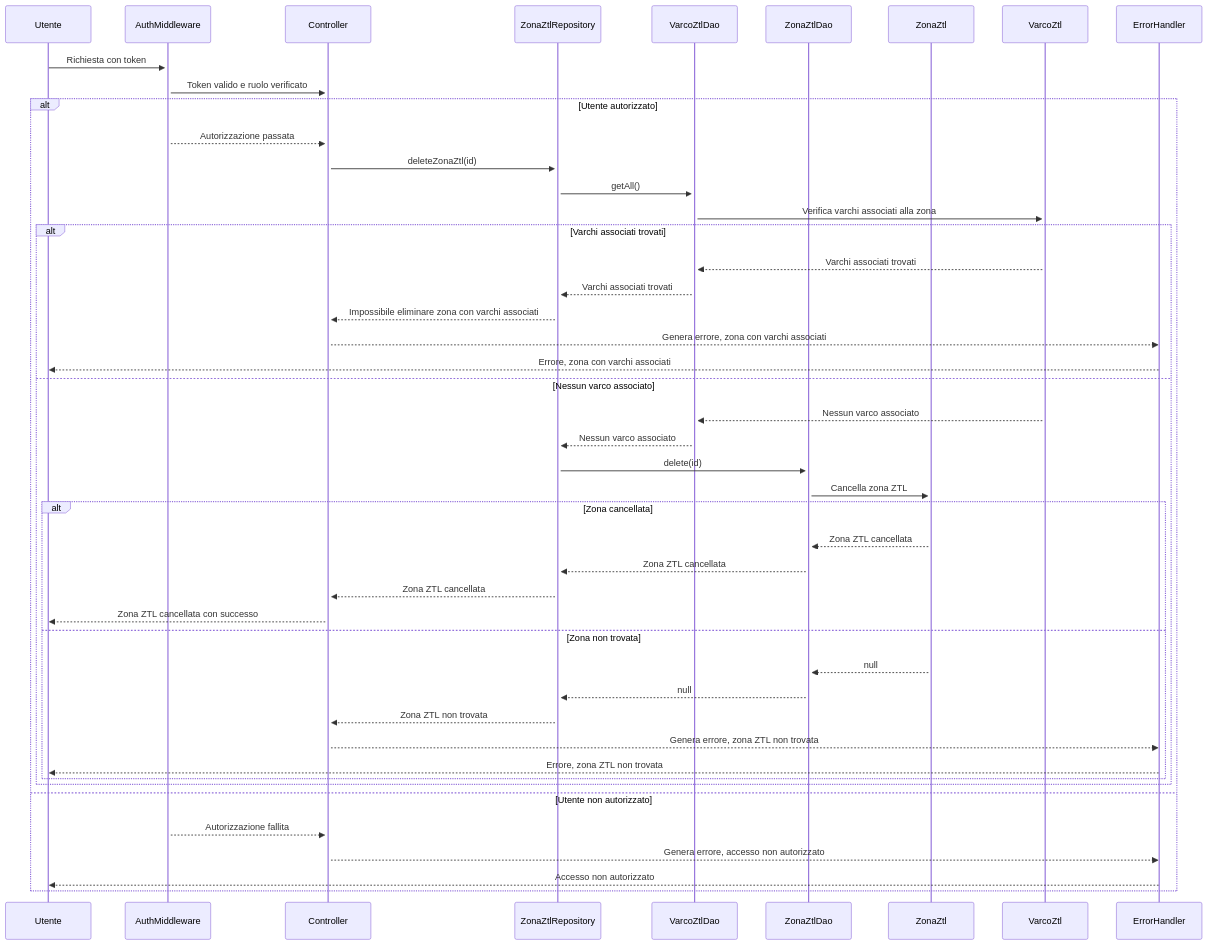
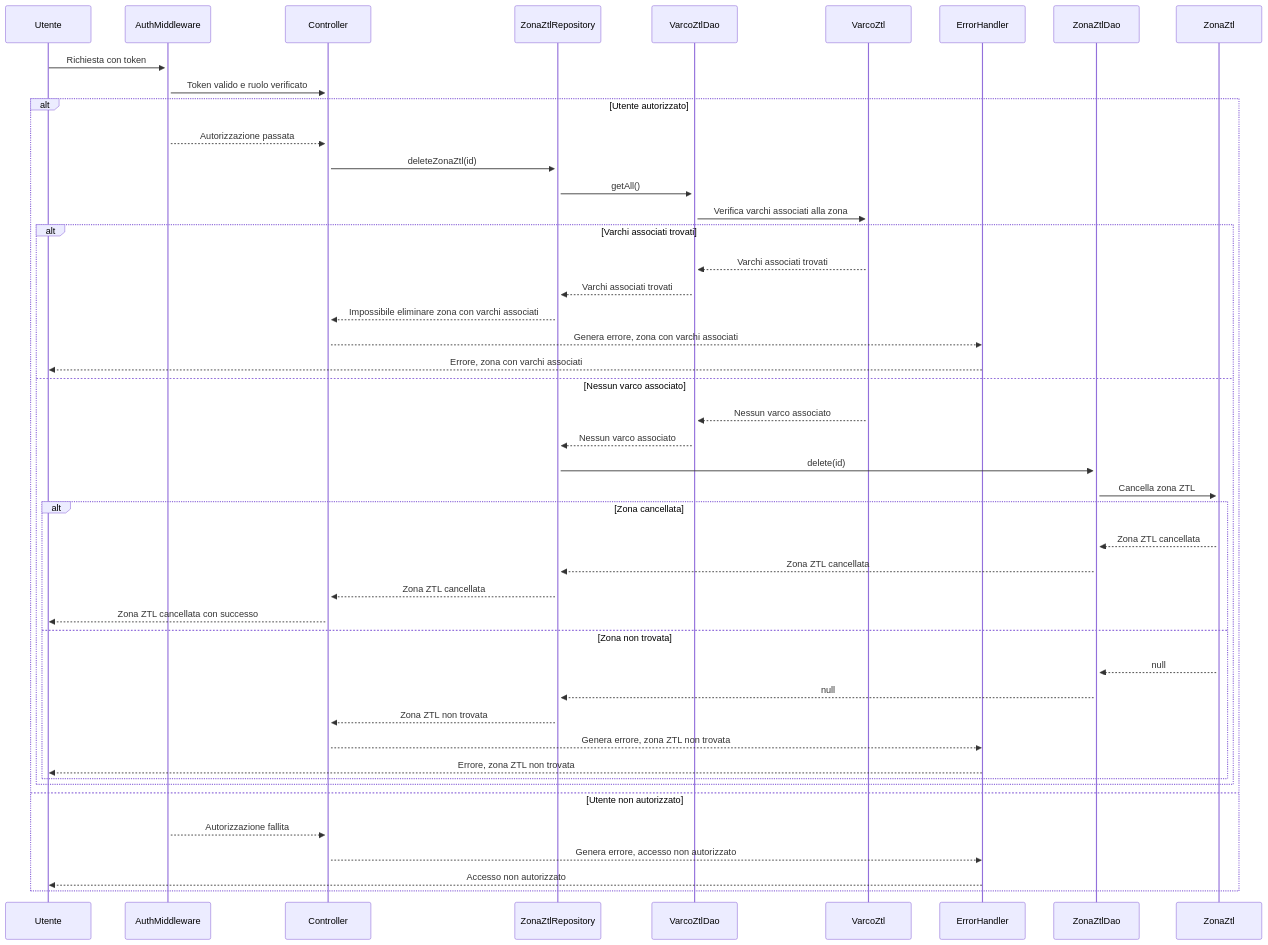
One commit to Arianna6400/Adv_Prog changed the seventh of 12 diagrams in README.md. Above: the diagram before and after it, drawn with Mermaid. The commit also changed other lines of this file, not shown here.

````diff
--- a/README.md
+++ b/README.md
@@ -432,49 +432,49 @@
 ```mermaid
 sequenceDiagram
     participant U as Utente
     participant Auth as AuthMiddleware
     participant C as Controller
     participant R as ZonaZtlRepository
     participant DAO_VZ as VarcoZtlDao
+    participant VZ as VarcoZtl
+    participant Err as ErrorHandler
     participant DAO_ZZ as ZonaZtlDao
     participant ZZ as ZonaZtl
-    participant VZ as VarcoZtl
-    participant Err as ErrorHandler
 
     U->>+Auth: Richiesta con token
     Auth->>+C: Token valido e ruolo verificato
     alt Utente autorizzato
         Auth-->>C: Autorizzazione passata
         C->>+R: deleteZonaZtl(id)
         R->>+DAO_VZ: getAll()
         DAO_VZ->>+VZ: Verifica varchi associati alla zona
         alt Varchi associati trovati
             VZ-->>DAO_VZ: Varchi associati trovati
             DAO_VZ-->>R: Varchi associati trovati
             R-->>C: Impossibile eliminare zona con varchi associati
             C-->>Err: Genera errore, zona con varchi associati
             Err-->>U: Errore, zona con varchi associati
         else Nessun varco associato
             VZ-->>DAO_VZ: Nessun varco associato
             DAO_VZ-->>R: Nessun varco associato
             R->>+DAO_ZZ: delete(id)
             DAO_ZZ->>+ZZ: Cancella zona ZTL
             alt Zona cancellata
                 ZZ-->>DAO_ZZ: Zona ZTL cancellata
                 DAO_ZZ-->>R: Zona ZTL cancellata
                 R-->>C: Zona ZTL cancellata
                 C-->>U: Zona ZTL cancellata con successo
             else Zona non trovata
                 ZZ-->>DAO_ZZ: null
                 DAO_ZZ-->>R: null
                 R-->>C: Zona ZTL non trovata
                 C-->>Err: Genera errore, zona ZTL non trovata
                 Err-->>U: Errore, zona ZTL non trovata
             end
         end
     else Utente non autorizzato
         Auth-->>C: Autorizzazione fallita
         C-->>Err: Genera errore, accesso non autorizzato
         Err-->>U: Accesso non autorizzato
     end
 ```
````
